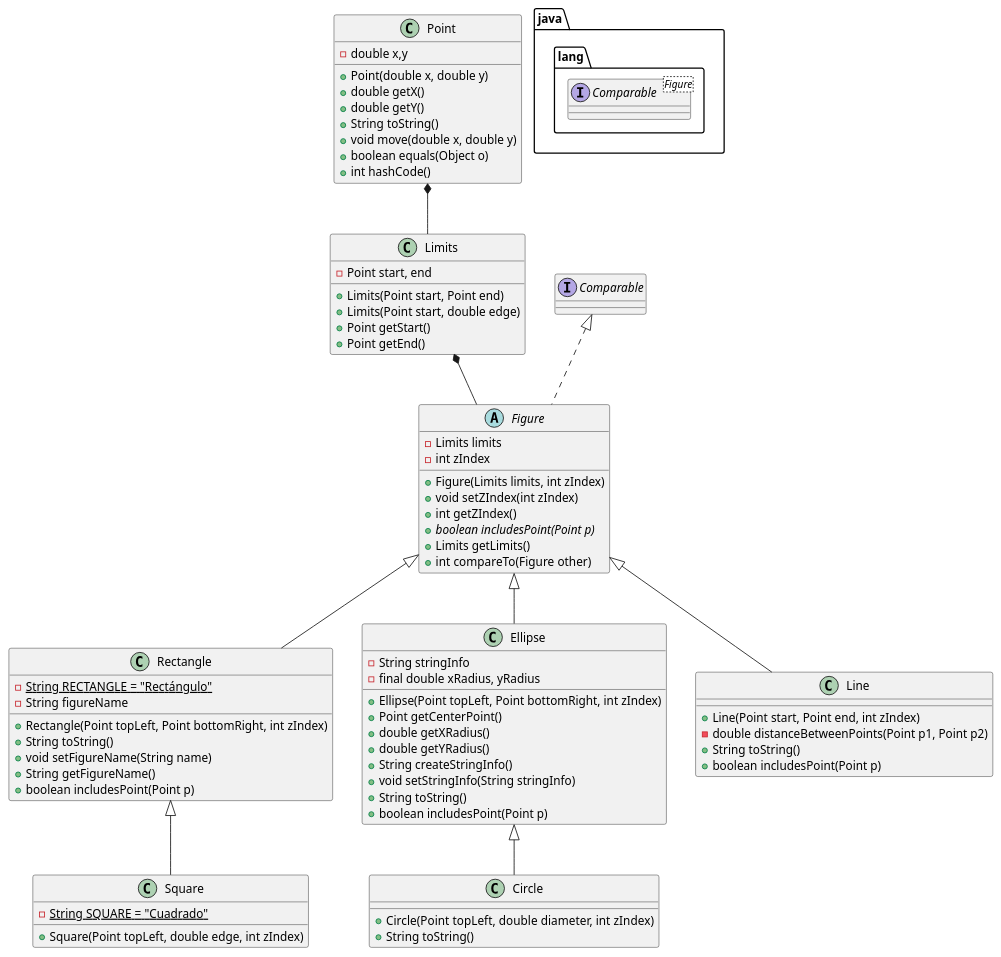
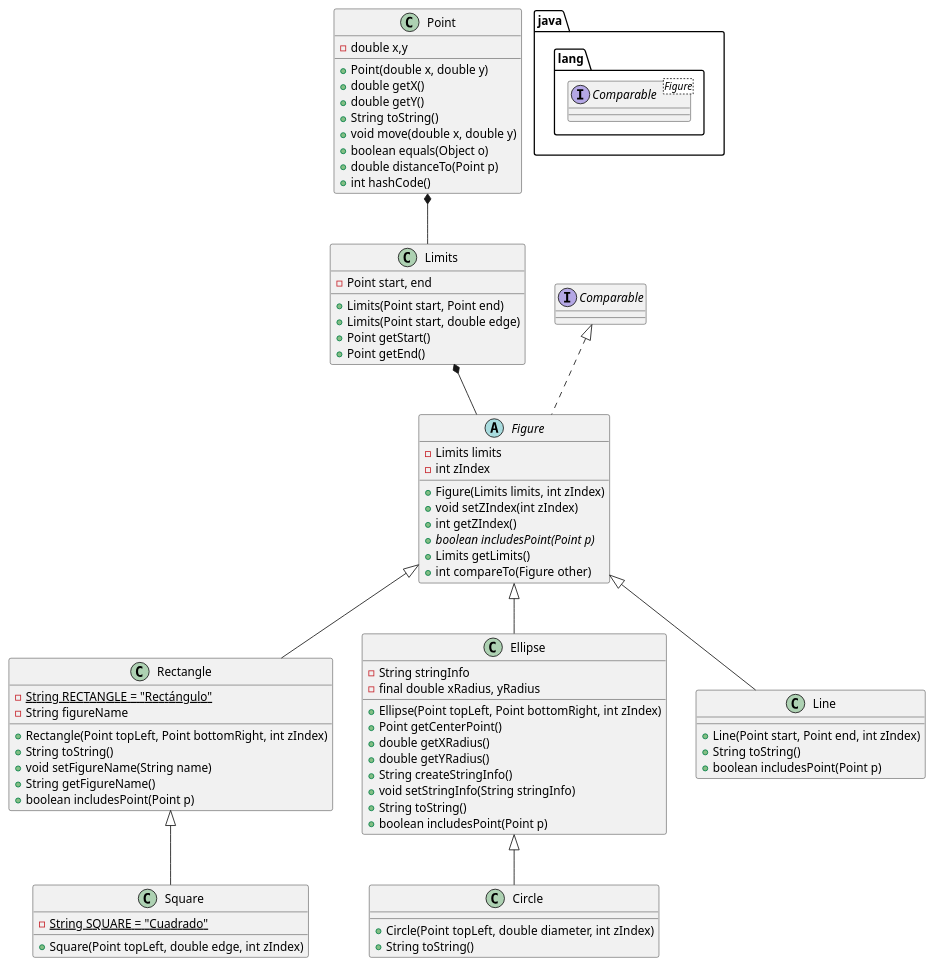
One commit to alejofl/java-paint changed the diagram in src/uml/modelUML.puml. Above: the diagram before and after it, drawn with PlantUML.

Commit message:
Updated model uml

```diff
--- a/src/uml/modelUML.puml
+++ b/src/uml/modelUML.puml
@@ -1,87 +1,87 @@
 @startuml
 'https://plantuml.com/class-diagram
 
 package java.lang <<Folder>>{
     interface Comparable<Figure>
 }
 
 class Point {
     - double x,y
 
     + Point(double x, double y)
     + double getX()
     + double getY()
     + String toString()
     + void move(double x, double y)
     + boolean equals(Object o)
+    + double distanceTo(Point p)
     + int hashCode()
 }
 
 class Limits {
     - Point start, end
 
     + Limits(Point start, Point end)
     + Limits(Point start, double edge)
     + Point getStart()
     + Point getEnd()
 }
 
 Point *-- Limits
 
 abstract class Figure implements Comparable {
     - Limits limits
     - int zIndex
 
     + Figure(Limits limits, int zIndex)
     + void setZIndex(int zIndex)
     + int getZIndex()
     + {abstract} boolean includesPoint(Point p)
     + Limits getLimits()
     + int compareTo(Figure other)
 }
 
 Limits *-- Figure
 
 class Rectangle extends Figure {
     - <u>String RECTANGLE = "Rectángulo"
     - String figureName
 
     + Rectangle(Point topLeft, Point bottomRight, int zIndex)
     + String toString()
     + void setFigureName(String name)
     + String getFigureName()
     + boolean includesPoint(Point p)
 }
 
 class Square extends Rectangle {
     - <u>String SQUARE = "Cuadrado"
     + Square(Point topLeft, double edge, int zIndex)
 }
 
 class Ellipse extends Figure {
     - String stringInfo
     - final double xRadius, yRadius
 
     + Ellipse(Point topLeft, Point bottomRight, int zIndex)
     + Point getCenterPoint()
     + double getXRadius()
     + double getYRadius()
     + String createStringInfo()
     + void setStringInfo(String stringInfo)
     + String toString()
     + boolean includesPoint(Point p)
 }
 
 class Circle extends Ellipse {
     + Circle(Point topLeft, double diameter, int zIndex)
     + String toString()
 }
 
 class Line extends Figure {
     + Line(Point start, Point end, int zIndex)
-    - double distanceBetweenPoints(Point p1, Point p2)
     + String toString()
     + boolean includesPoint(Point p)
 }
 
 @enduml
```
